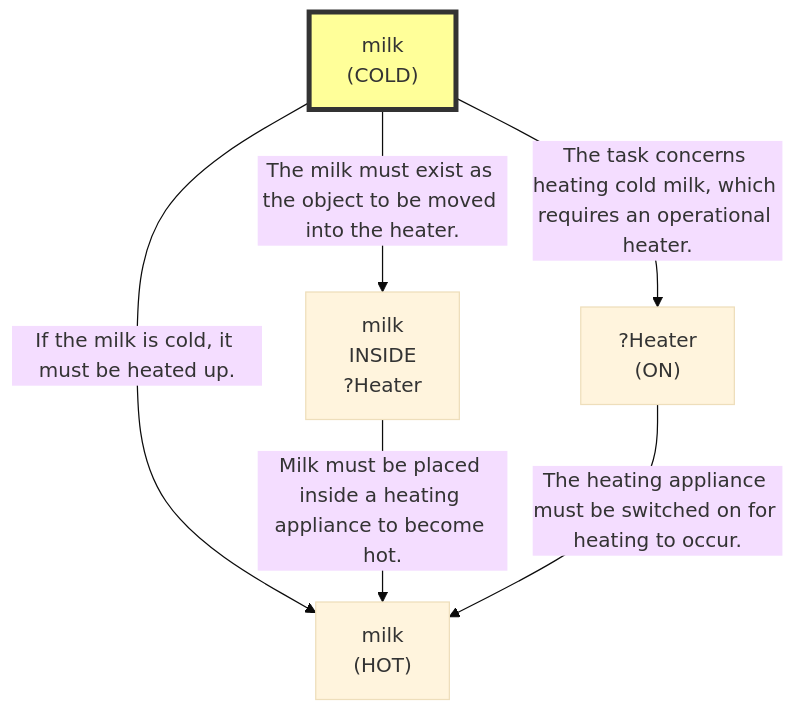
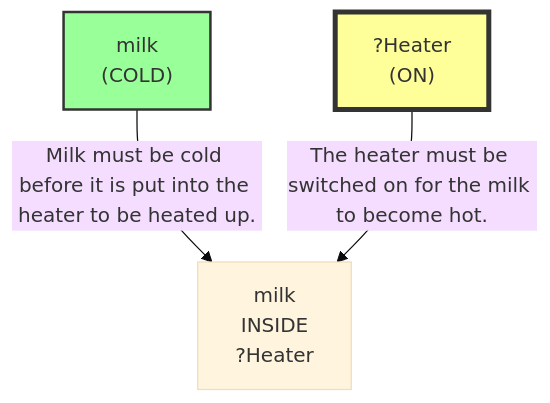
The second of 16 diagrams in evaluation/results/table3/robostate/runs/without_memory/M1_05/run_T3_without_memory_M1_05.md (scuama/virtualhome), drawn with Mermaid (base theme) before and after one commit. The commit also changed other lines of this file and 507 other files, not shown here.

````diff
--- a/evaluation/results/table3/robostate/runs/without_memory/M1_05/run_T3_without_memory_M1_05.md
+++ b/evaluation/results/table3/robostate/runs/without_memory/M1_05/run_T3_without_memory_M1_05.md
@@ -165,13 +168,10 @@
 ```mermaid
 graph TD
     N1["milk<br>(COLD)"]
-    style N1 fill:#ff9,stroke:#333,stroke-width:4px
-    N2["milk<br>(HOT)"]
-    N3["milk<br>INSIDE<br>?Heater"]
-    N4["?Heater<br>(ON)"]
-    N1 -->|"If the milk is cold, it must be heated up."| N2
-    N3 -->|"Milk must be placed inside a heating appliance to become hot."| N2
-    N4 -->|"The heating appliance must be switched on for heating to occur."| N2
-    N1 -->|"The milk must exist as the object to be moved into the heater."| N3
-    N1 -->|"The task concerns heating cold milk, which requires an operational heater."| N4
+    style N1 fill:#9f9,stroke:#333,stroke-width:2px
+    N2["milk<br>INSIDE<br>?Heater"]
+    N3["?Heater<br>(ON)"]
+    style N3 fill:#ff9,stroke:#333,stroke-width:4px
+    N1 -->|"Milk must be cold before it is put into the heater to be heated up."| N2
+    N3 -->|"The heater must be switched on for the milk to become hot."| N2
 ```
````
